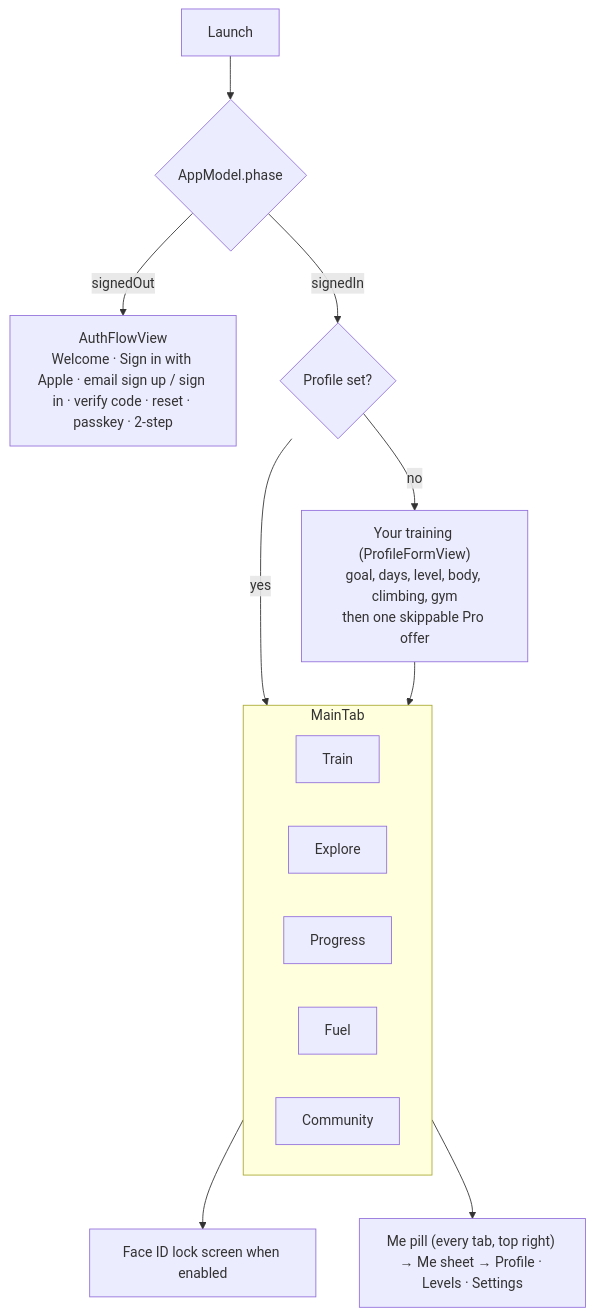
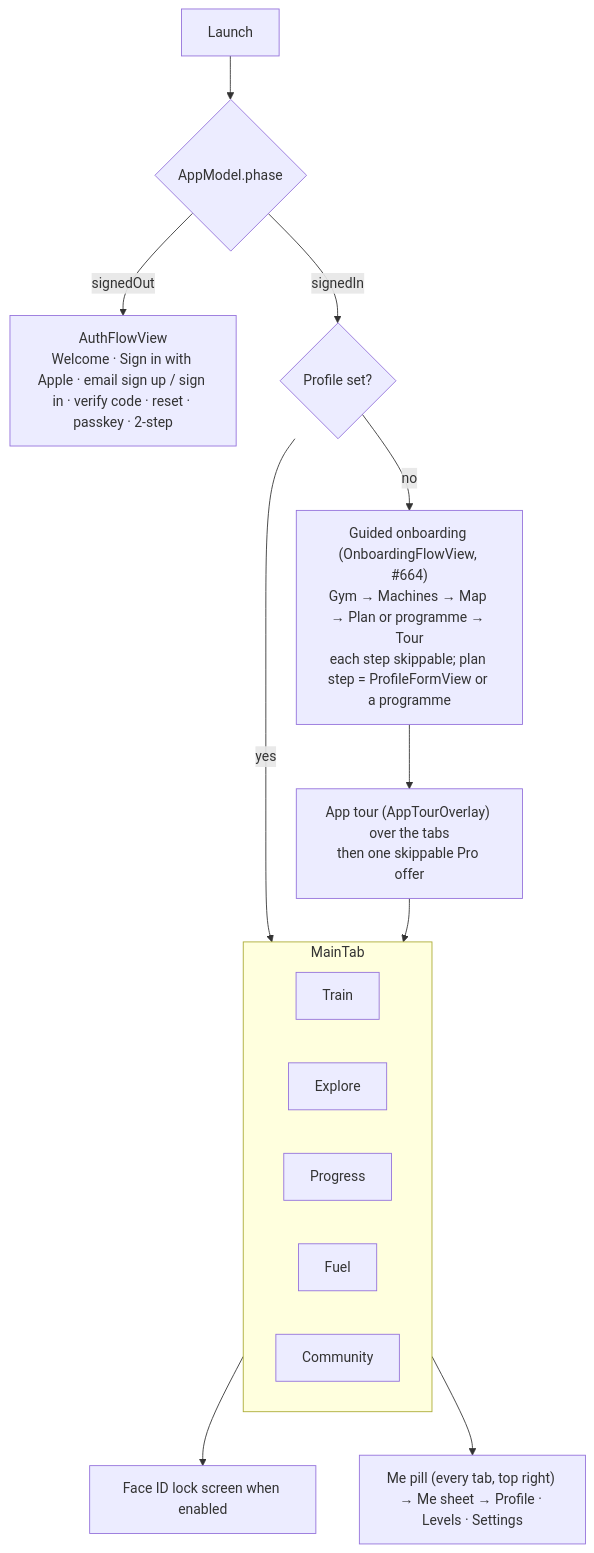
The diagram in docs/ios/app.md (jeanyves-figiel/Gym-Workout), drawn with Mermaid before and after one commit. The commit also changed other lines of this file and 13 other files, not shown here.

First line of the commit message:
New member onboarding: guided steps, app tour, set-up card, Settings re-run (#665)

````diff
--- a/docs/ios/app.md
+++ b/docs/ios/app.md
@@ -19,18 +19,19 @@
 ```mermaid
 flowchart TD
   Launch --> Phase{AppModel.phase}
   Phase -- signedOut --> Auth["AuthFlowView<br/>Welcome · Sign in with Apple · email sign up / sign in · verify code · reset · passkey · 2-step"]
   Phase -- signedIn --> Onb{"Profile set?"}
-  Onb -- no --> Profile["Your training (ProfileFormView)<br/>goal, days, level, body, climbing, gym<br/>then one skippable Pro offer"]
+  Onb -- no --> Guided["Guided onboarding (OnboardingFlowView, #664)<br/>Gym → Machines → Map → Plan or programme → Tour<br/>each step skippable; plan step = ProfileFormView or a programme"]
   Onb -- yes --> Tabs
-  Profile --> Tabs
+  Guided --> Tour["App tour (AppTourOverlay) over the tabs<br/>then one skippable Pro offer"]
+  Tour --> Tabs
   subgraph Tabs["MainTab"]
     Train
     Explore
     Progress
     Fuel
     Community
   end
   Tabs --> Lock["Face ID lock screen when enabled"]
   Tabs --> Me["Me pill (every tab, top right) → Me sheet → Profile · Levels · Settings"]
 ```
````
